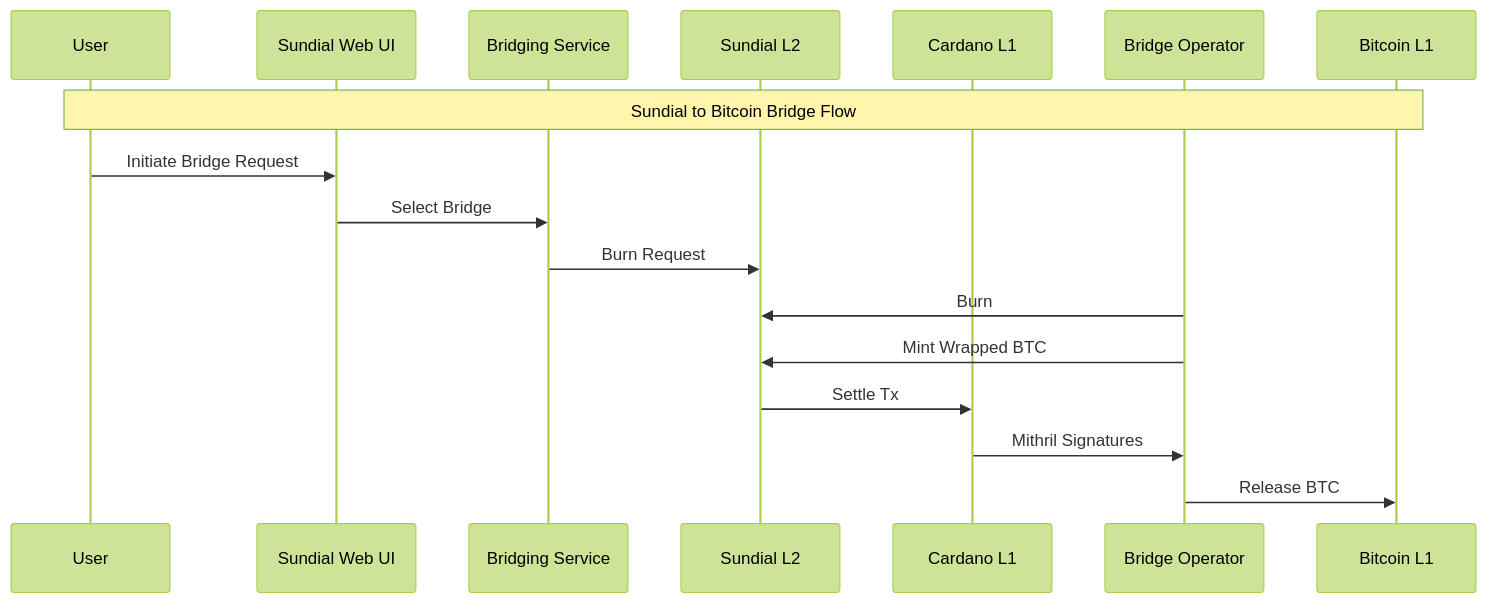
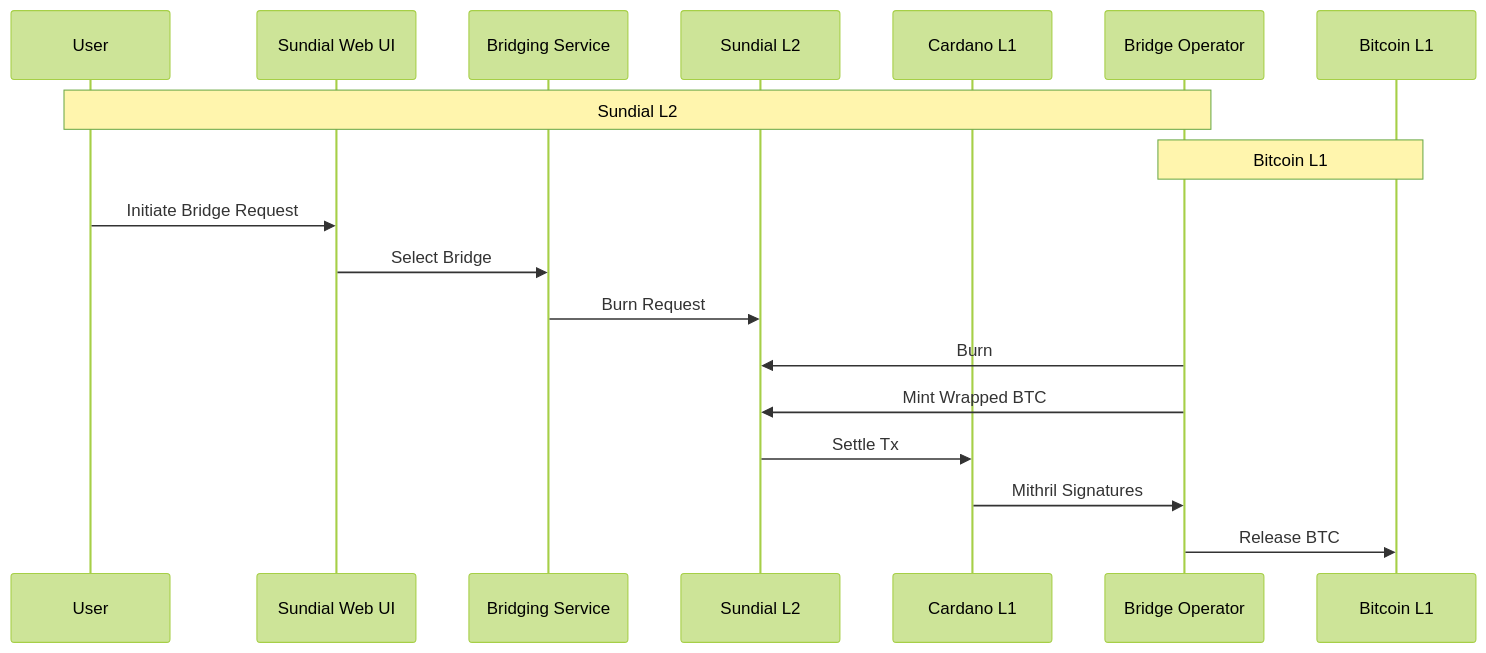
The second of 4 diagrams in architecture/blueprint.md (sundial-protocol/internal-docs), drawn with Mermaid (forest theme) before and after one commit. The commit also changed other lines of this file, not shown here.

Commit message:
Add deposit & withdrawal flow sequence diagrams

````diff
--- a/architecture/blueprint.md
+++ b/architecture/blueprint.md
@@ -38,25 +39,26 @@
 ```mermaid
 sequenceDiagram
     participant User
     participant UI as Sundial Web UI
     participant BridgeService as Bridging Service
     participant L2 as Sundial L2
     participant L1 as Cardano L1
     participant BridgeOp as Bridge Operator
     participant BTCL1 as Bitcoin L1
 
 
-    Note over User, BTCL1: Sundial to Bitcoin Bridge Flow
+    Note over User, BridgeOp: Sundial L2
+    Note over BridgeOp, BTCL1: Bitcoin L1
 
     User->>UI: Initiate Bridge Request
     UI->>BridgeService: Select Bridge
 
     BridgeService->>L2: Burn Request
     BridgeOp->>L2: Burn
     BridgeOp->>L2: Mint Wrapped BTC
     L2->>L1: Settle Tx
     L1->>BridgeOp: Mithril Signatures
     BridgeOp->>BTCL1: Release BTC
 
 
 ```
````
